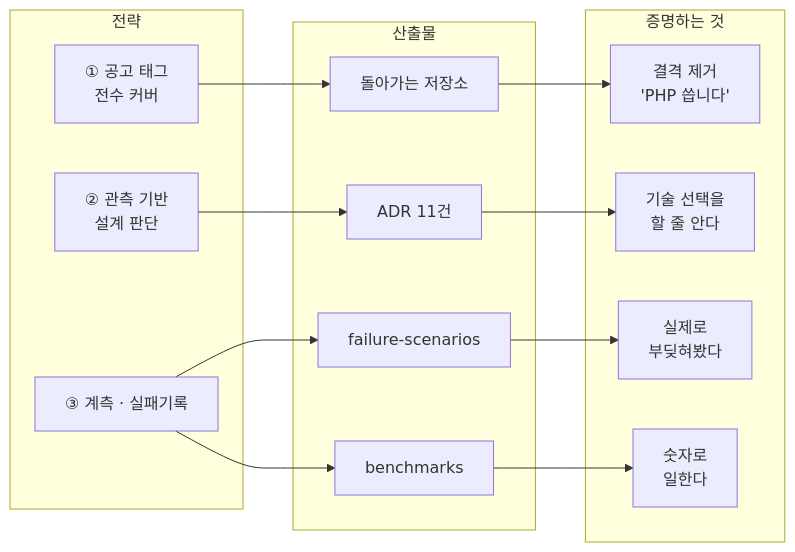
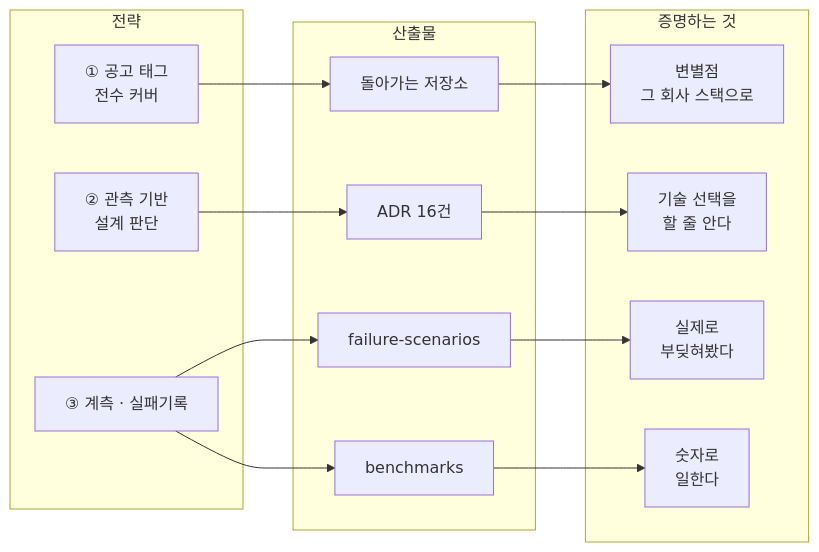
One commit to http1220/touchpoint changed the third of 8 diagrams in docs/roadmap.md. Above: the diagram before and after it, drawn with Mermaid. The commit also changed other lines of this file and 4 other files, not shown here.

````diff
--- a/docs/roadmap.md
+++ b/docs/roadmap.md
@@ -124,24 +124,24 @@
 ```mermaid
 flowchart LR
     subgraph AXIS["전략"]
         A1["① 공고 태그<br/>전수 커버"]
         A2["② 관측 기반<br/>설계 판단"]
         A3["③ 계측 · 실패기록"]
     end
     subgraph OUT["산출물"]
         O1["돌아가는 저장소"]
-        O2["ADR 11건"]
+        O2["ADR 16건"]
         O3["failure-scenarios"]
         O4["benchmarks"]
     end
     subgraph PROOF["증명하는 것"]
-        P1["결격 제거<br/>'PHP 씁니다'"]
+        P1["변별점<br/>그 회사 스택으로"]
         P2["기술 선택을<br/>할 줄 안다"]
         P3["실제로<br/>부딪혀봤다"]
         P4["숫자로<br/>일한다"]
     end
     A1 --> O1 --> P1
     A2 --> O2 --> P2
     A3 --> O3 --> P3
     A3 --> O4 --> P4
 ```
````
